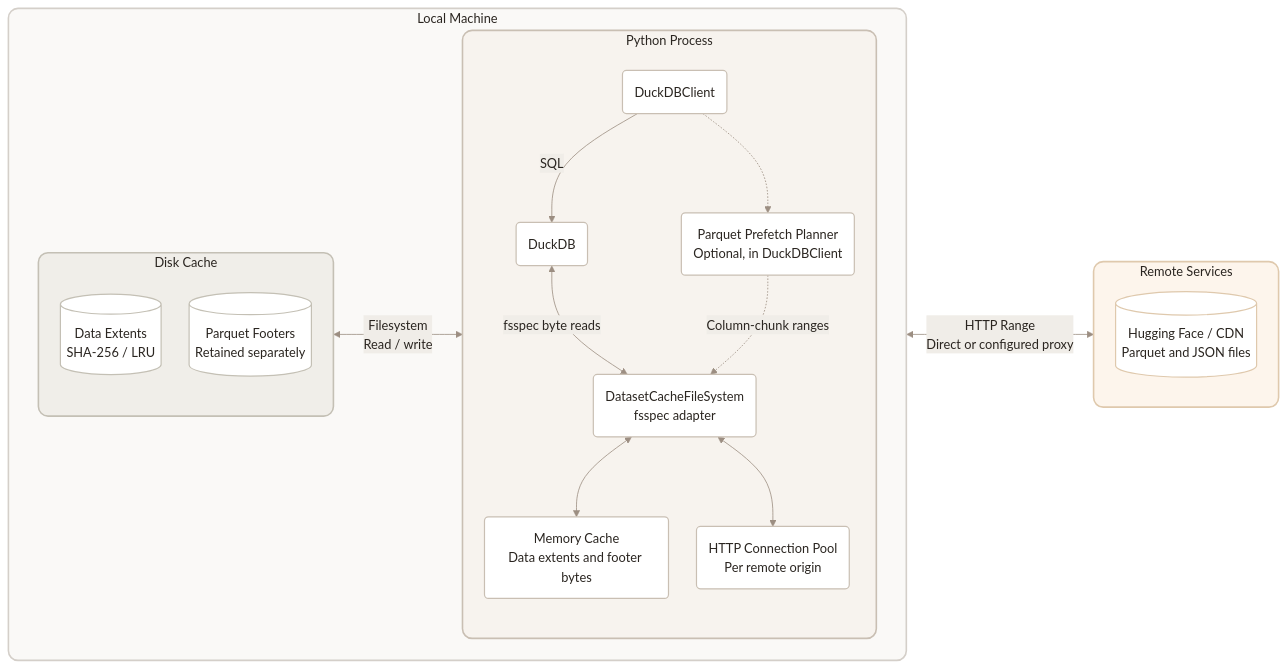
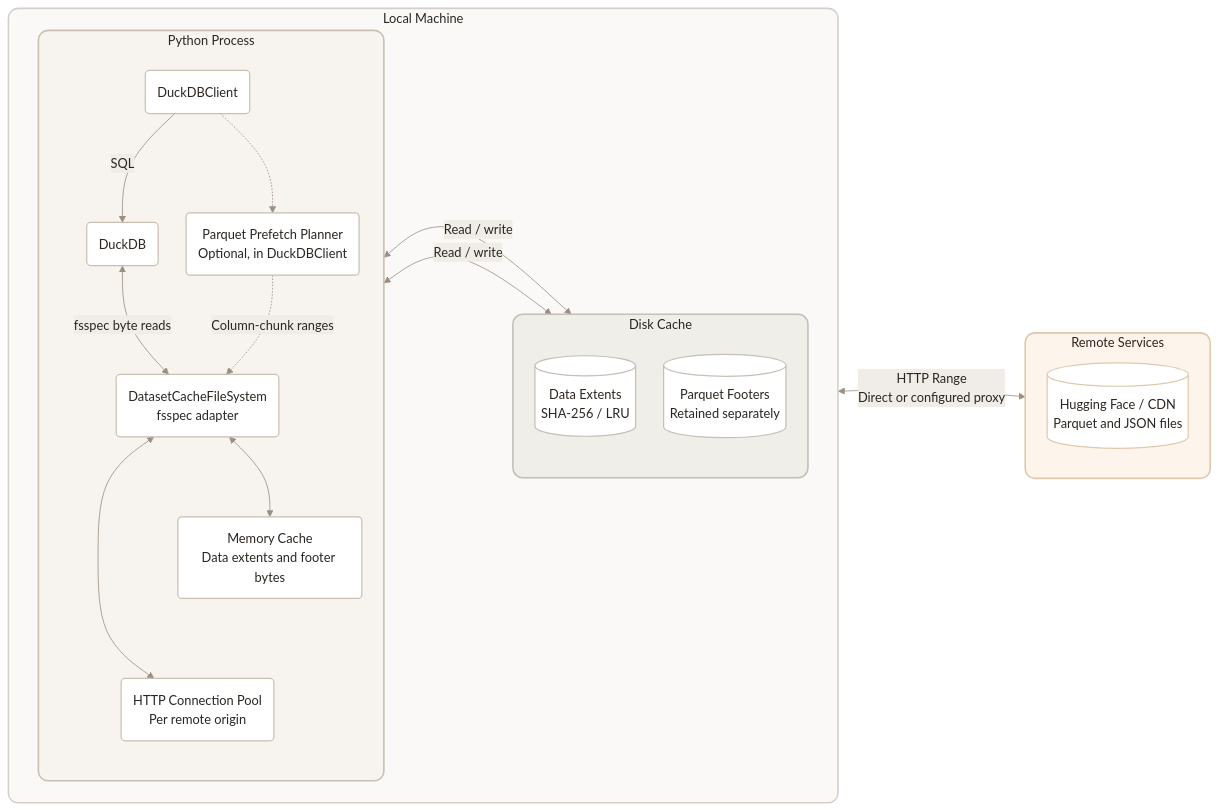
One commit to defeat-beta/defeatbeta-api changed the diagram in doc/api/Local_File_Cache.md. Above: the diagram before and after it, drawn with Mermaid.

Commit message:
docs: restore direct cache component connections

````diff
--- a/doc/api/Local_File_Cache.md
+++ b/doc/api/Local_File_Cache.md
@@ -23,57 +23,63 @@
 ```mermaid
 %%{init: {'theme': 'base', 'themeVariables': {
   'primaryColor': '#FAF9F7',
   'primaryBorderColor': '#D4CFC9',
   'primaryTextColor': '#2A2520',
   'lineColor': '#9C8E82',
   'secondaryColor': '#F0EDE8',
   'tertiaryColor': '#E8E4DE'
 }, 'flowchart': {'curve': 'basis', 'nodeSpacing': 35, 'rankSpacing': 50}}}%%
 flowchart LR
     subgraph LOCAL["Local Machine"]
         direction LR
-        subgraph DISK["Disk Cache"]
-            direction TB
-            DATA[("Data Extents<br/>SHA-256 / LRU")]
-            FOOTER[("Parquet Footers<br/>Retained separately")]
-        end
-
         subgraph PROCESS["Python Process"]
             direction TB
             CLIENT("DuckDBClient")
             ENGINE("DuckDB")
             PREFETCH("Parquet Prefetch Planner<br/>Optional, in DuckDBClient")
             CACHE("DatasetCacheFileSystem<br/>fsspec adapter")
             MEMORY("Memory Cache<br/>Data extents and footer bytes")
             HTTP("HTTP Connection Pool<br/>Per remote origin")
 
             CLIENT -->|"SQL"| ENGINE
             CLIENT -.-> PREFETCH
             ENGINE <-->|"fsspec byte reads"| CACHE
             PREFETCH -.->|"Column-chunk ranges"| CACHE
             CACHE <--> MEMORY
             CACHE <--> HTTP
         end
 
+        subgraph DISK["Disk Cache"]
+            direction TB
+            DATA[("Data Extents<br/>SHA-256 / LRU")]
+            FOOTER[("Parquet Footers<br/>Retained separately")]
+        end
     end
 
     subgraph REMOTE["Remote Services"]
         direction TB
         HF[("Hugging Face / CDN<br/>Parquet and JSON files")]
     end
 
-    DISK <-->|"Filesystem<br/>Read / write"| PROCESS
-    PROCESS <-->|"HTTP Range<br/>Direct or configured proxy"| REMOTE
+    CACHE <-->|"Read / write"| DATA
+    CACHE <-->|"Read / write"| FOOTER
+    HTTP <-->|"HTTP Range<br/>Direct or configured proxy"| REMOTE
+
+    %% Layout-only links keep storage and remote services to the right.
+    MEMORY ~~~ HTTP
+    HTTP ~~~ DATA
+    HTTP ~~~ FOOTER
+    LOCAL ~~~ REMOTE
 
     style LOCAL fill:#FAF9F7,stroke:#D4CFC9,stroke-width:2px,color:#2A2520,rx:12,ry:12
     style PROCESS fill:#F7F3EE,stroke:#C9BFB3,stroke-width:2px,color:#2A2520,rx:12,ry:12
     style DISK fill:#F0EEE9,stroke:#C4C0B5,stroke-width:2px,color:#2A2520,rx:12,ry:12
     style REMOTE fill:#FDF5EC,stroke:#DFC9AD,stroke-width:2px,color:#2A2520,rx:12,ry:12
 
     classDef component fill:#fff,stroke:#C9BFB3,stroke-width:1.5px,color:#2A2520
     classDef storage fill:#fff,stroke:#C4C0B5,stroke-width:1.5px,color:#2A2520
     classDef remote fill:#fff,stroke:#DFC9AD,stroke-width:1.5px,color:#2A2520
     class CLIENT,ENGINE,PREFETCH,CACHE,MEMORY,HTTP component
     class DATA,FOOTER storage
     class HF remote
 ```
````
